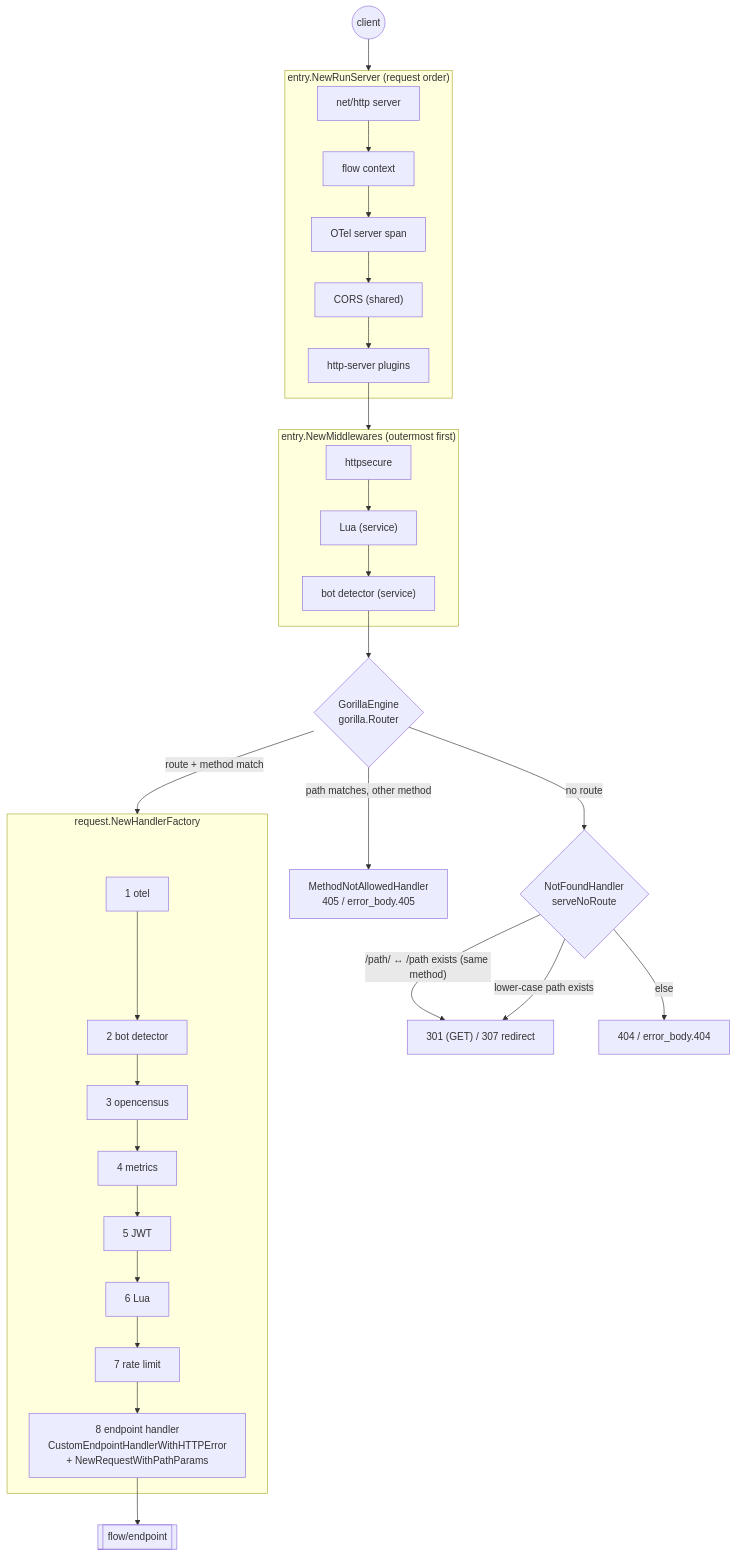
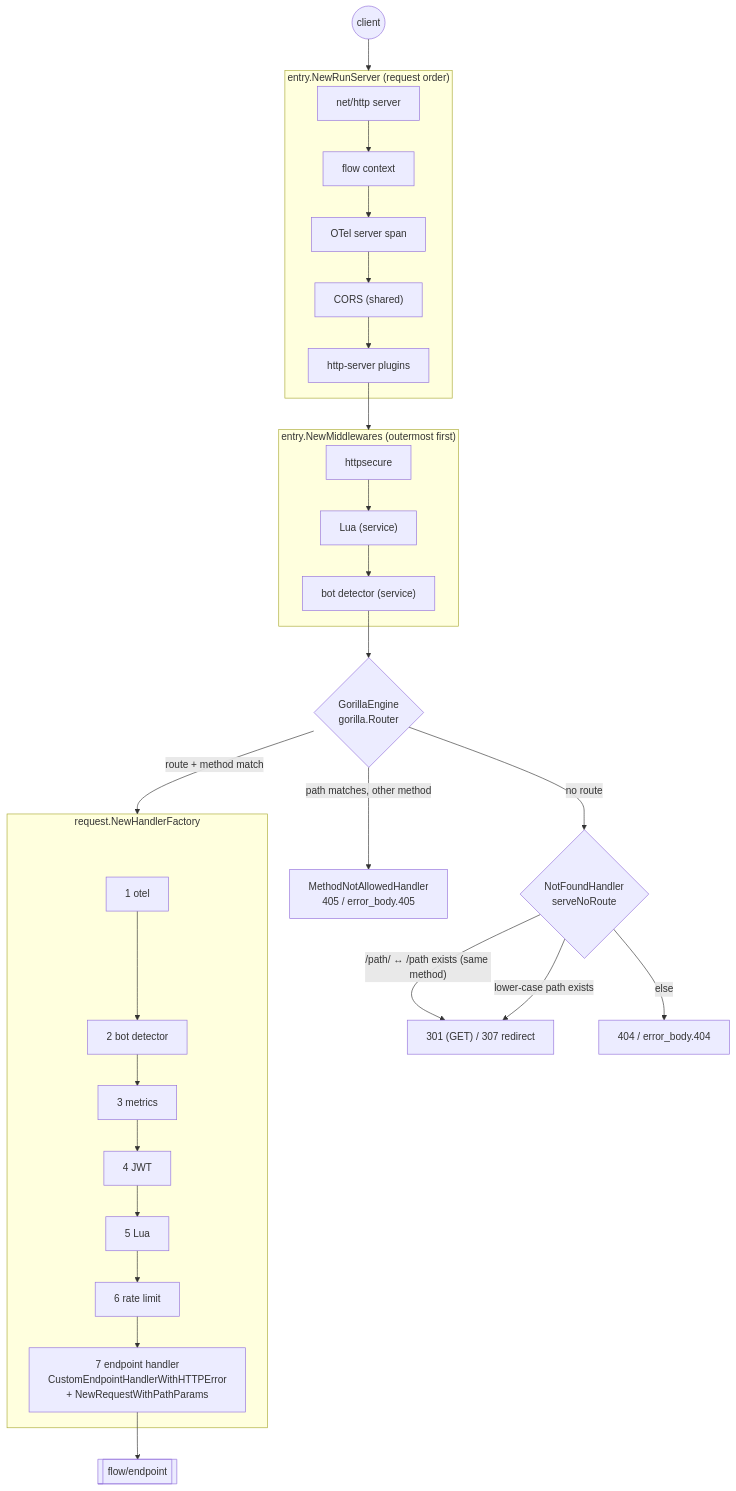
Before and after one commit to 9edang/inkgate: the diagram in docs/engine/gateway.md, drawn with Mermaid. The commit also changed other lines of this file and 72 other files, not shown here.

````diff
--- a/docs/engine/gateway.md
+++ b/docs/engine/gateway.md
@@ -42,22 +42,22 @@
 ```mermaid
 flowchart TD
     C((client)) --> RS
     subgraph RS ["entry.NewRunServer (request order)"]
       S["net/http server"] --> FC["flow context"] --> OT["OTel server span"] --> CO["CORS (shared)"] --> P["http-server plugins"]
     end
     P --> MW
     subgraph MW ["entry.NewMiddlewares (outermost first)"]
       HS["httpsecure"] --> LU["Lua (service)"] --> BD["bot detector (service)"]
     end
     BD --> GR{"GorillaEngine<br/>gorilla.Router"}
     GR -- "route + method match" --> RQ
     GR -- "path matches, other method" --> M405["MethodNotAllowedHandler<br/>405 / error_body.405"]
     GR -- "no route" --> NR{"NotFoundHandler<br/>serveNoRoute"}
     NR -- "/path/ ↔ /path exists (same method)" --> RD["301 (GET) / 307 redirect"]
     NR -- "lower-case path exists" --> RD
     NR -- else --> N404["404 / error_body.404"]
     subgraph RQ ["request.NewHandlerFactory"]
-      R1["1 otel"] --> R2["2 bot detector"] --> R3["3 opencensus"] --> R4["4 metrics"] --> R5["5 JWT"] --> R6["6 Lua"] --> R7["7 rate limit"] --> R8["8 endpoint handler<br/>CustomEndpointHandlerWithHTTPError<br/>+ NewRequestWithPathParams"]
+      R1["1 otel"] --> R2["2 bot detector"] --> R3["3 metrics"] --> R4["4 JWT"] --> R5["5 Lua"] --> R6["6 rate limit"] --> R7["7 endpoint handler<br/>CustomEndpointHandlerWithHTTPError<br/>+ NewRequestWithPathParams"]
     end
-    R8 --> EP[["flow/endpoint"]]
+    R7 --> EP[["flow/endpoint"]]
 ```
````
